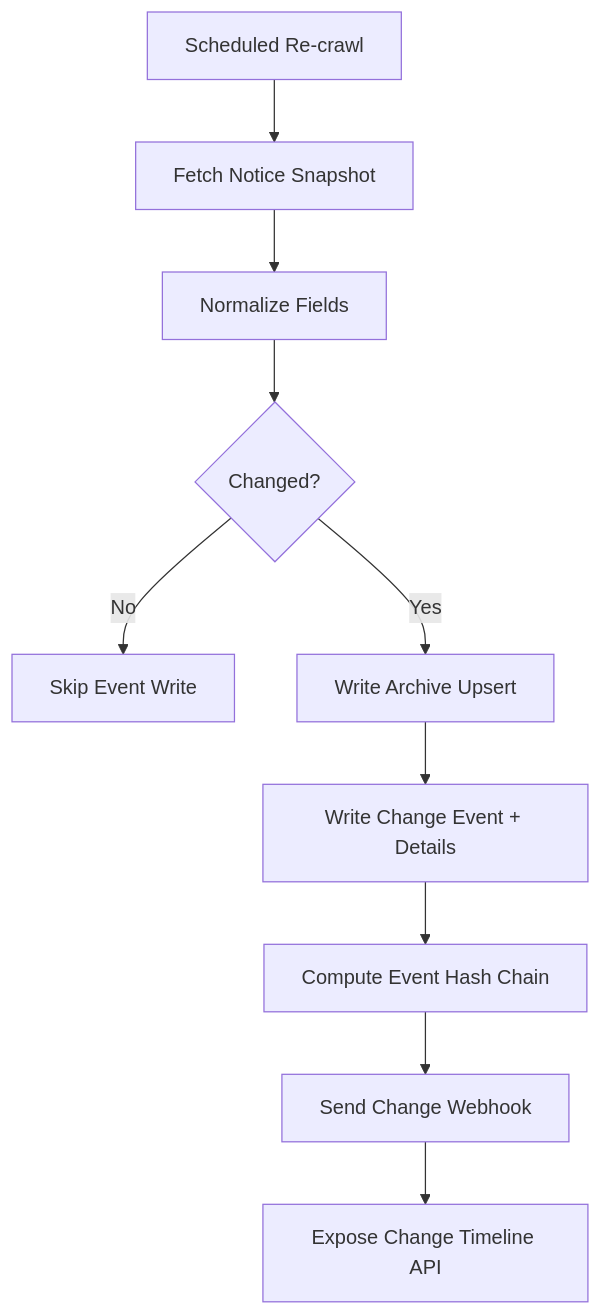
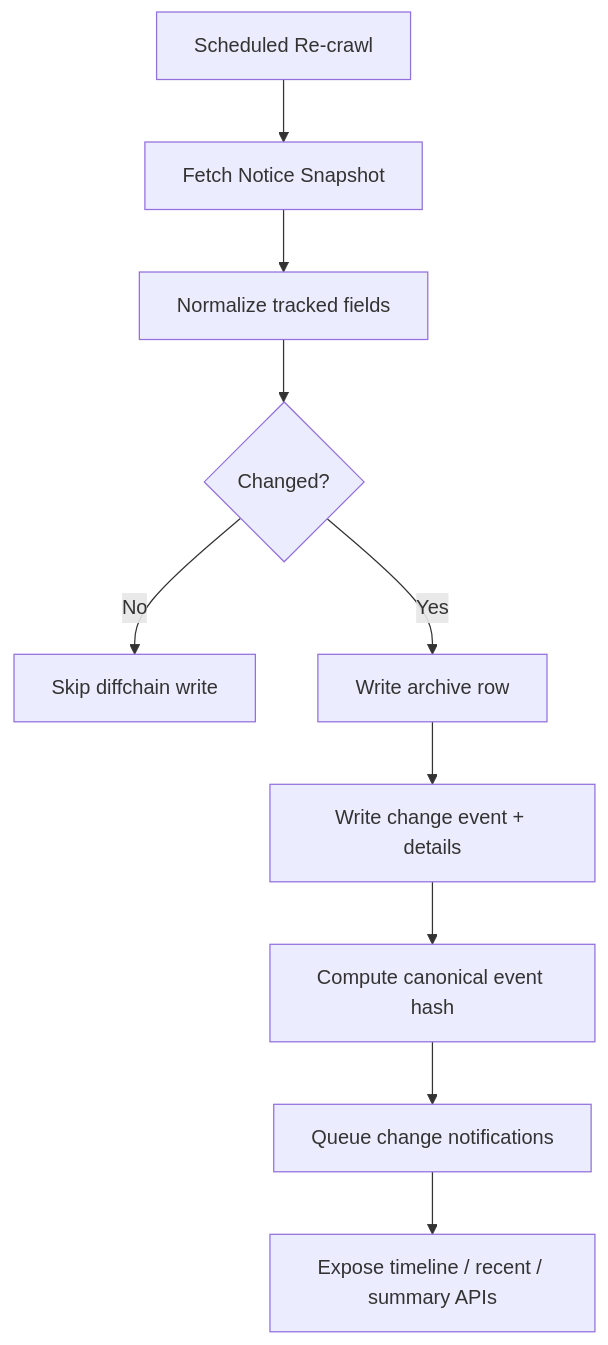
One commit to vientofactory/LawCast-Backend changed the third of 3 diagrams in README.md. Above: the diagram before and after it, drawn with Mermaid. The commit also changed other lines of this file and 5 other files, not shown here.

````diff
--- a/README.md
+++ b/README.md
@@ -230,12 +231,12 @@
 ```mermaid
 flowchart TD
-	 A[Scheduled Re-crawl] --> B[Fetch Notice Snapshot]
-	 B --> C[Normalize Fields]
-	 C --> D{Changed?}
-	 D -->|No| E[Skip Event Write]
-	 D -->|Yes| F[Write Archive Upsert]
-	 F --> G[Write Change Event + Details]
-	 G --> H[Compute Event Hash Chain]
-	 H --> I[Send Change Webhook]
-	 I --> J[Expose Change Timeline API]
+	A[Scheduled Re-crawl] --> B[Fetch Notice Snapshot]
+	B --> C[Normalize tracked fields]
+	C --> D{Changed?}
+	D -->|No| E[Skip diffchain write]
+	D -->|Yes| F[Write archive row]
+	F --> G[Write change event + details]
+	G --> H[Compute canonical event hash]
+	H --> I[Queue change notifications]
+	I --> J[Expose timeline / recent / summary APIs]
 ```
````
